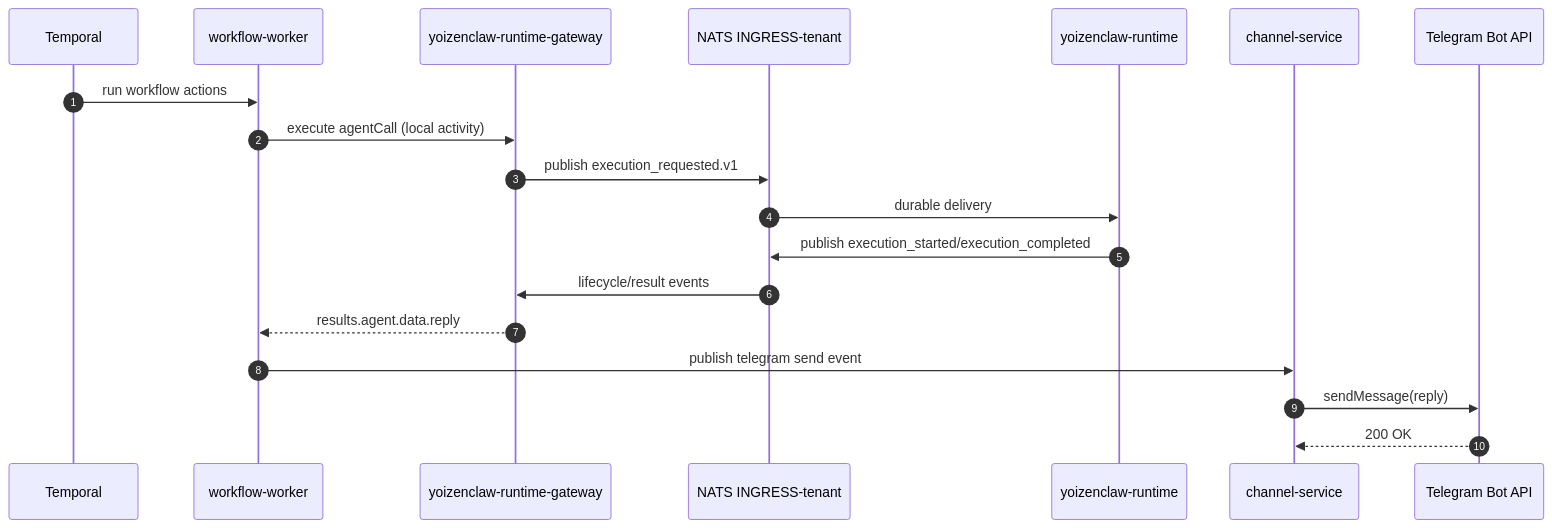
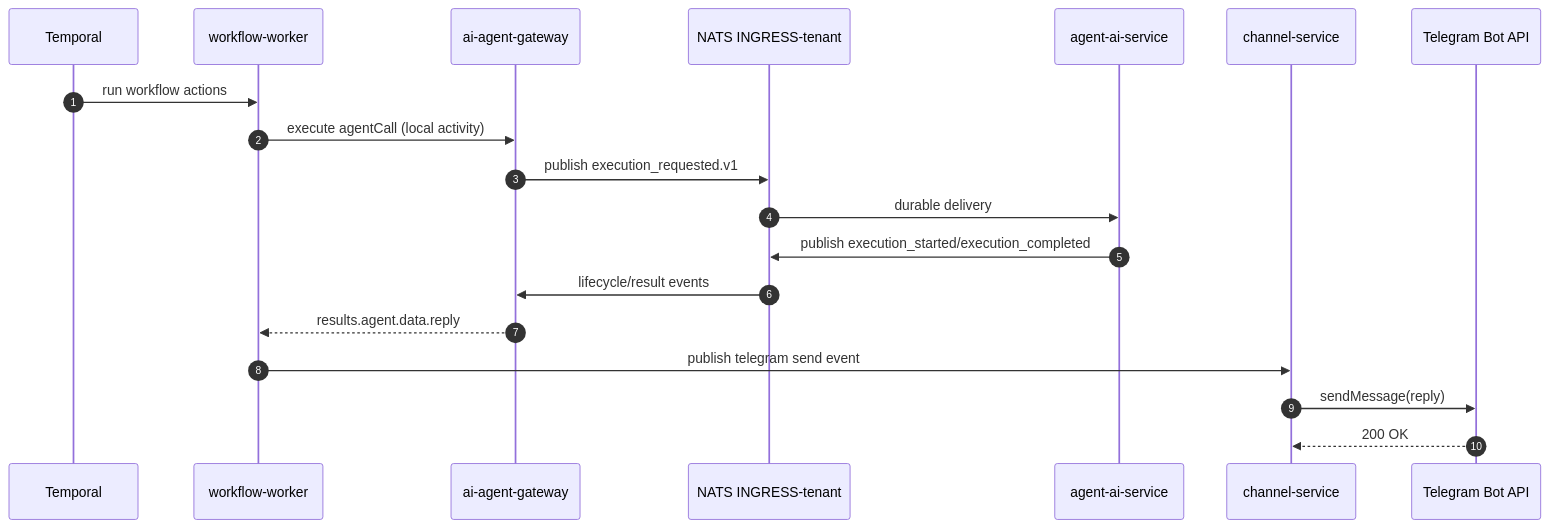
One commit to ccarnero/colloqui changed the fourth of 4 diagrams in DOCS/08-WORKFLOW-TELEGRAM-SEQUENCE.md. Above: the diagram before and after it, drawn with Mermaid. The commit also changed other lines of this file and 1226 other files, not shown here.

````diff
--- a/DOCS/08-WORKFLOW-TELEGRAM-SEQUENCE.md
+++ b/DOCS/08-WORKFLOW-TELEGRAM-SEQUENCE.md
@@ -80,22 +80,22 @@
 ```mermaid
 sequenceDiagram
     autonumber
     participant TEMP as Temporal
     participant WFW as workflow-worker
-    participant YZG as yoizenclaw-runtime-gateway
+    participant YZG as ai-agent-gateway
     participant NATS as NATS INGRESS-tenant
-    participant YZR as yoizenclaw-runtime
+    participant YZR as agent-ai-service
     participant CH as channel-service
     participant TGA as Telegram Bot API
 
     TEMP->>WFW: run workflow actions
     WFW->>YZG: execute agentCall (local activity)
     YZG->>NATS: publish execution_requested.v1
     NATS->>YZR: durable delivery
     YZR->>NATS: publish execution_started/execution_completed
     NATS->>YZG: lifecycle/result events
     YZG-->>WFW: results.agent.data.reply
     WFW->>CH: publish telegram send event
     CH->>TGA: sendMessage(reply)
     TGA-->>CH: 200 OK
 ```
````
